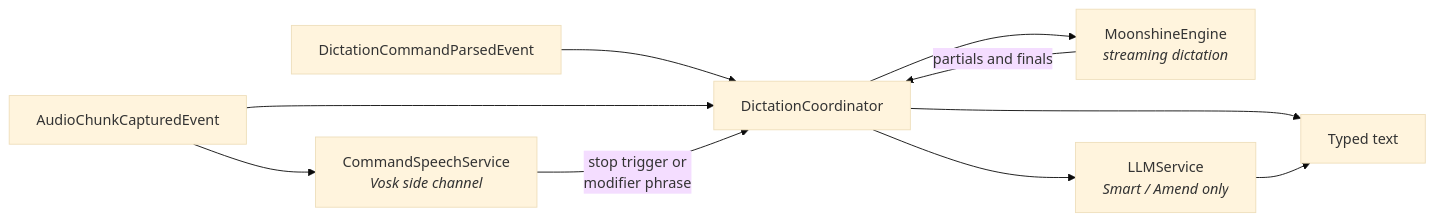
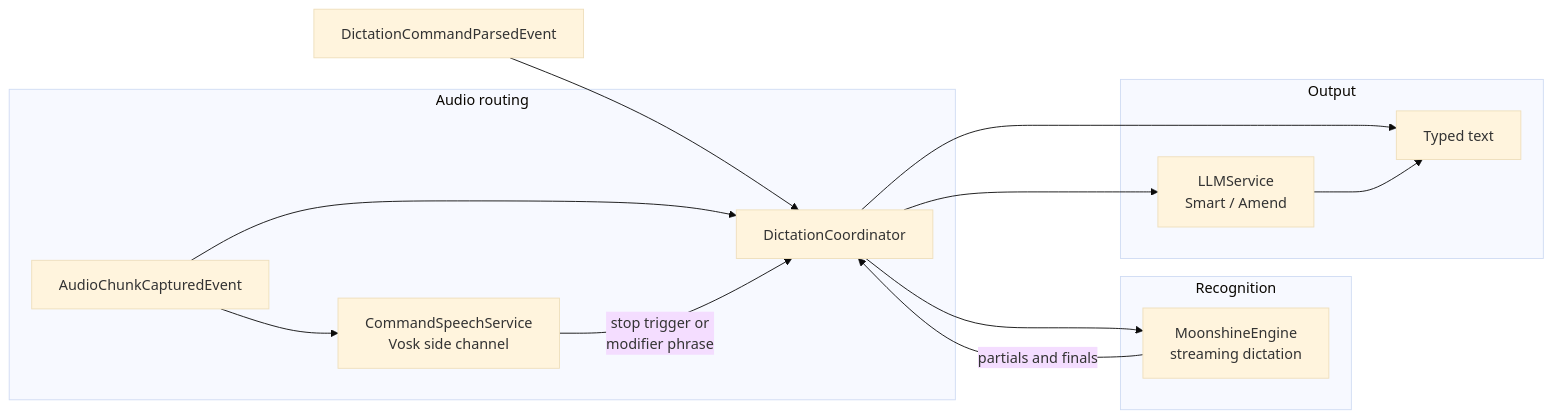
One commit to rick12000/vocalance changed the first of 5 diagrams in docs/developer/features/dictation_flow.rst. Above: the diagram before and after it, drawn with Mermaid (base theme). The commit also changed other lines of this file and 30 other files, not shown here.

```diff
--- a/docs/developer/features/dictation_flow.rst
+++ b/docs/developer/features/dictation_flow.rst
@@ -22,12 +28,19 @@
 .. mermaid::
 
    flowchart LR
        Cmd[DictationCommandParsedEvent] --> Coord[DictationCoordinator]
-       Chunks[AudioChunkCapturedEvent] --> Coord
-       Chunks --> CSpeech[CommandSpeechService<br/><i>Vosk side channel</i>]
-       Coord --> Moon[MoonshineEngine<br/><i>streaming dictation</i>]
-       CSpeech -->|stop trigger or<br/>modifier phrase| Coord
-       Moon -->|partials and finals| Coord
-       Coord --> Type[Typed text]
-       Coord --> LLM[LLMService<br/><i>Smart / Amend only</i>]
-       LLM --> Type
+       subgraph Audio["Audio routing"]
+           Chunks[AudioChunkCapturedEvent] --> Coord
+           Chunks --> CSpeech[CommandSpeechService<br/>Vosk side channel]
+       end
+       subgraph Recognition["Recognition"]
+           Moon[MoonshineEngine<br/>streaming dictation]
+           Coord --> Moon
+           Moon -->|partials and finals| Coord
+           CSpeech -->|stop trigger or<br/>modifier phrase| Coord
+       end
+       subgraph Output["Output"]
+           Coord --> LLM[LLMService<br/>Smart / Amend]
+           Coord --> Type[Typed text]
+           LLM --> Type
+       end
```
